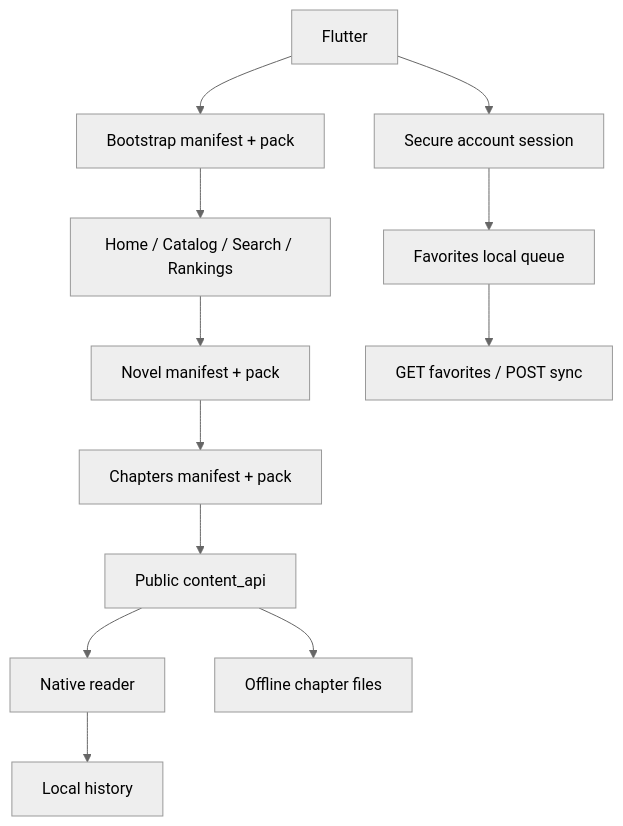
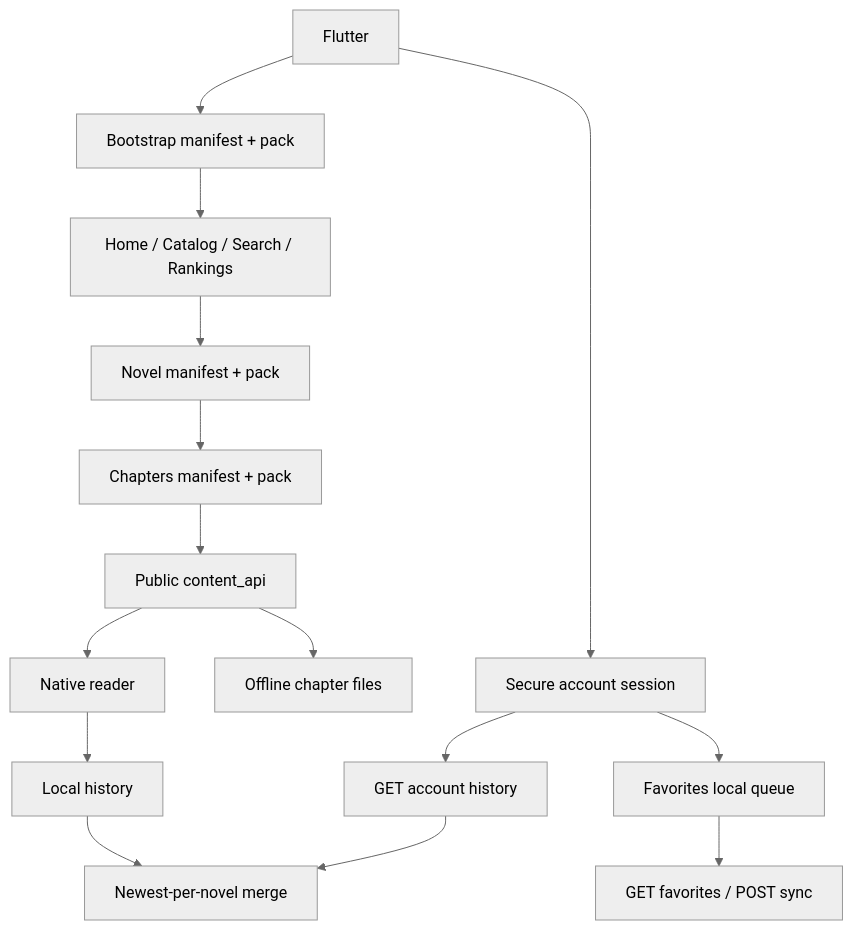
One commit to mohmaedeslam00116/Galaxy-Novels changed the diagram in galaxy_novels_app/docs/app_api_gap_audit.md. Above: the diagram before and after it, drawn with Mermaid (neutral theme). The commit also changed other lines of this file and 11 other files, not shown here.

First line of the commit message:
feat(history): merge local and account reading history

````diff
--- a/galaxy_novels_app/docs/app_api_gap_audit.md
+++ b/galaxy_novels_app/docs/app_api_gap_audit.md
@@ -42,14 +42,17 @@
 ```mermaid
 flowchart TD
     A["Flutter"] --> B["Bootstrap manifest + pack"]
     B --> C["Home / Catalog / Search / Rankings"]
     C --> D["Novel manifest + pack"]
     D --> E["Chapters manifest + pack"]
     E --> F["Public content_api"]
     F --> G["Native reader"]
     G --> H["Local history"]
     F --> I["Offline chapter files"]
     A --> J["Secure account session"]
     J --> K["Favorites local queue"]
     K --> L["GET favorites / POST sync"]
+    J --> M["GET account history"]
+    H --> N["Newest-per-novel merge"]
+    M --> N
 ```
````
